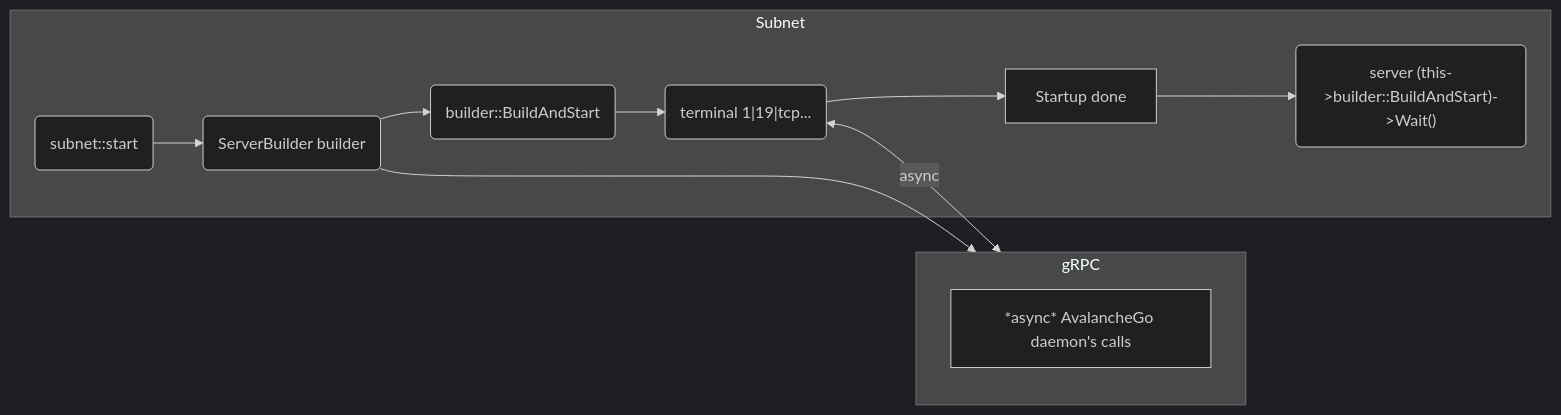
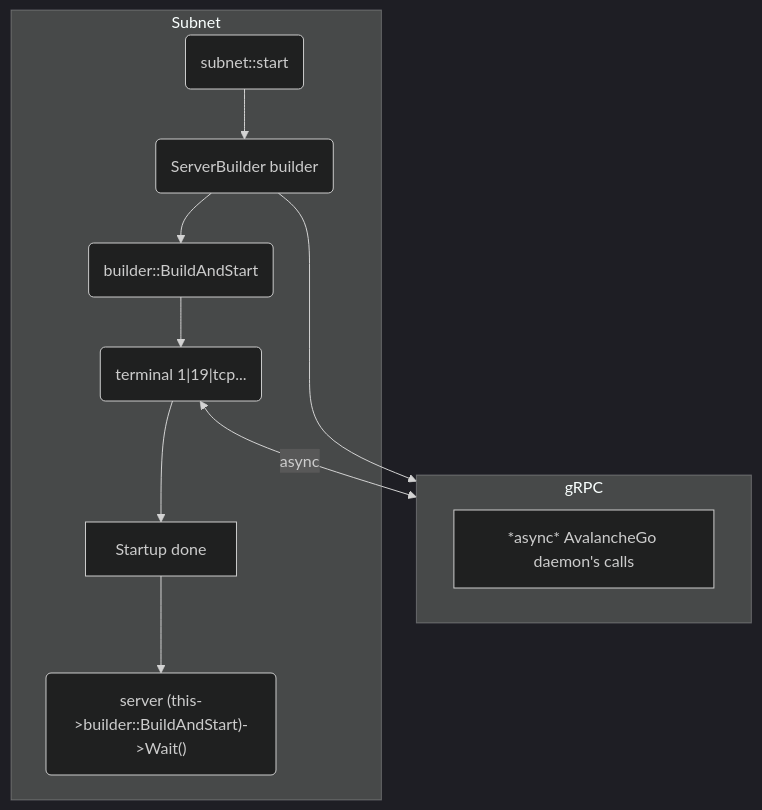
The diagram in src/main.md (SparqNet/sparq-docs), drawn with Mermaid (dark theme) before and after one commit.

Commit message:
Changed flow from left->right to top->bottom

````diff
--- a/src/main.md
+++ b/src/main.md
@@ -9,20 +9,20 @@
 ```mermaid
-flowchart LR
+flowchart TB
 
 subgraph gRPC
     av1["*async* AvalancheGo daemon's calls"]
 end
 
 subgraph "Subnet"
     s1("subnet::start")
     s1 --> sb1("ServerBuilder builder")
     sb1 --> sb2("builder::BuildAndStart") 
     sb2 --> t1
     t1("terminal 1|19|tcp...")
     t1 --> t2["Startup done"]
     t2 --> s2("server (this->builder::BuildAndStart)->Wait()")
 end
 
 sb1 --> gRPC
 t1 <--"async"--> gRPC
 ```
````
